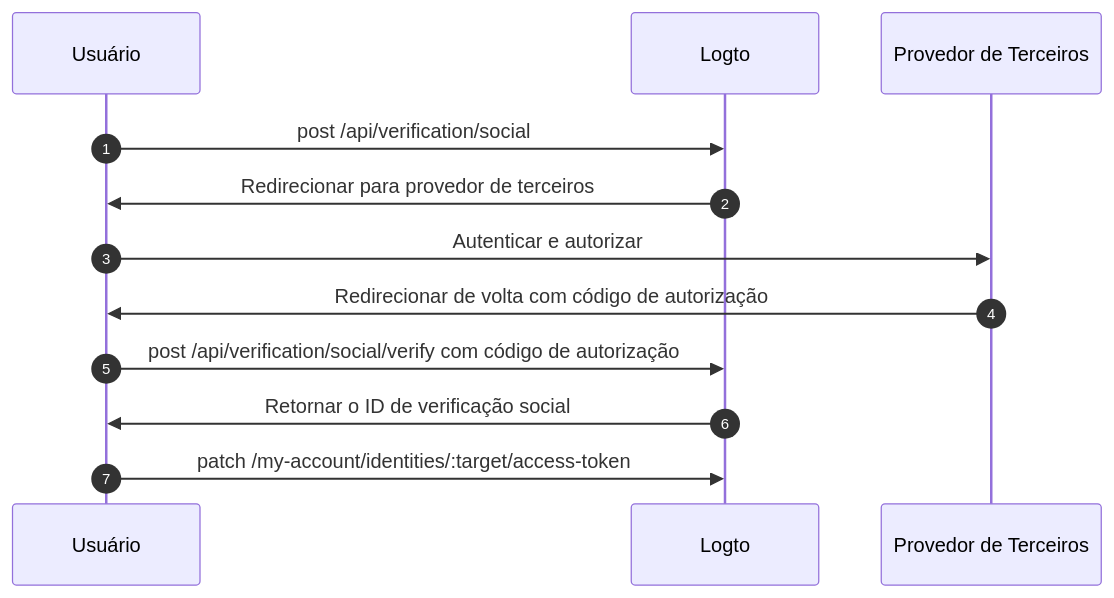
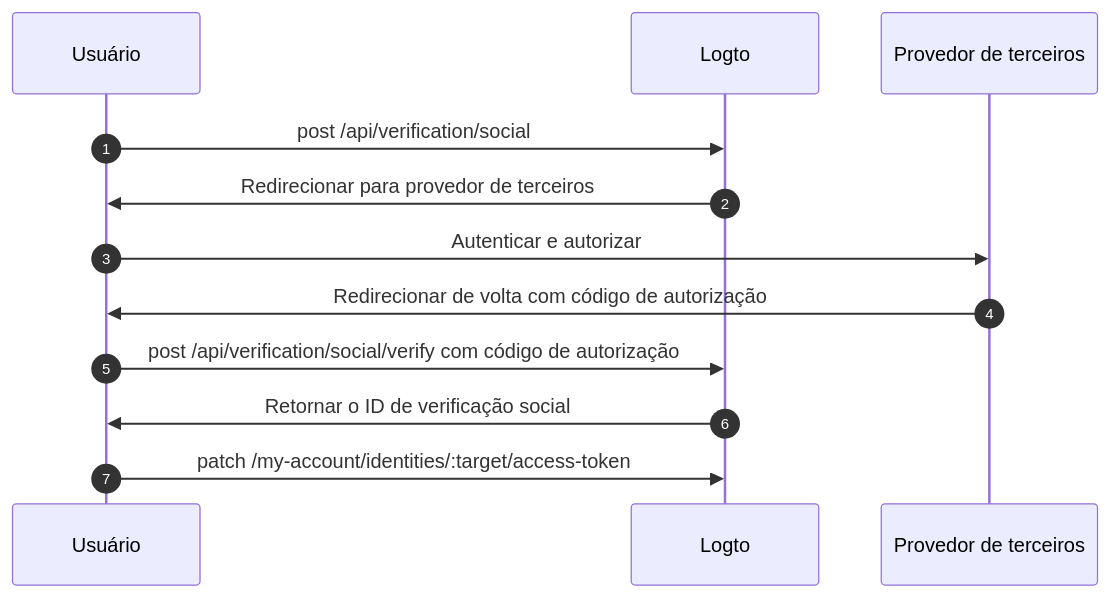
The diagram in i18n/pt-BR/docusaurus-plugin-content-docs/current/secret-vault/federated-token-set.mdx (logto-io/docs), drawn with Mermaid before and after one commit. The commit also changed other lines of this file and 59 other files, not shown here.

````diff
--- a/i18n/pt-BR/docusaurus-plugin-content-docs/current/secret-vault/federated-token-set.mdx
+++ b/i18n/pt-BR/docusaurus-plugin-content-docs/current/secret-vault/federated-token-set.mdx
@@ -138,16 +146,16 @@
 ```mermaid
 sequenceDiagram
     autonumber
 
     participant User as Usuário
     participant Logto as Logto
-    participant Provider as Provedor de Terceiros
+    participant Provider as Provedor de terceiros
 
     User->>Logto: post /api/verification/social
     Logto->>User: Redirecionar para provedor de terceiros
     User->>Provider: Autenticar e autorizar
     Provider->>User: Redirecionar de volta com código de autorização
     User->>Logto: post /api/verification/social/verify com código de autorização
     Logto->>User: Retornar o ID de verificação social
     User->>Logto: patch /my-account/identities/:target/access-token
 ```
````
